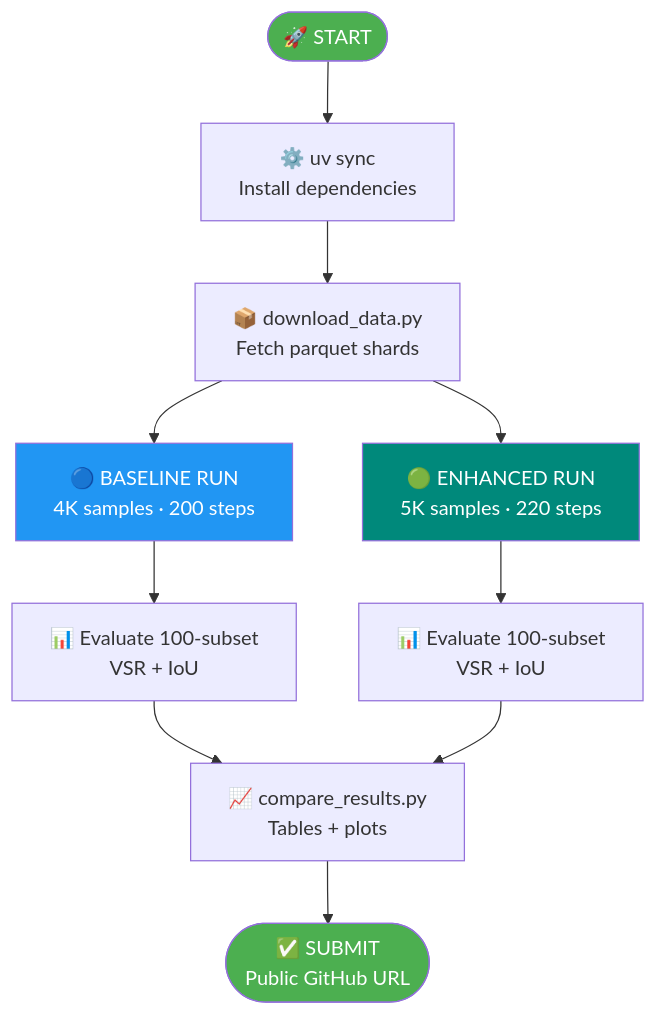
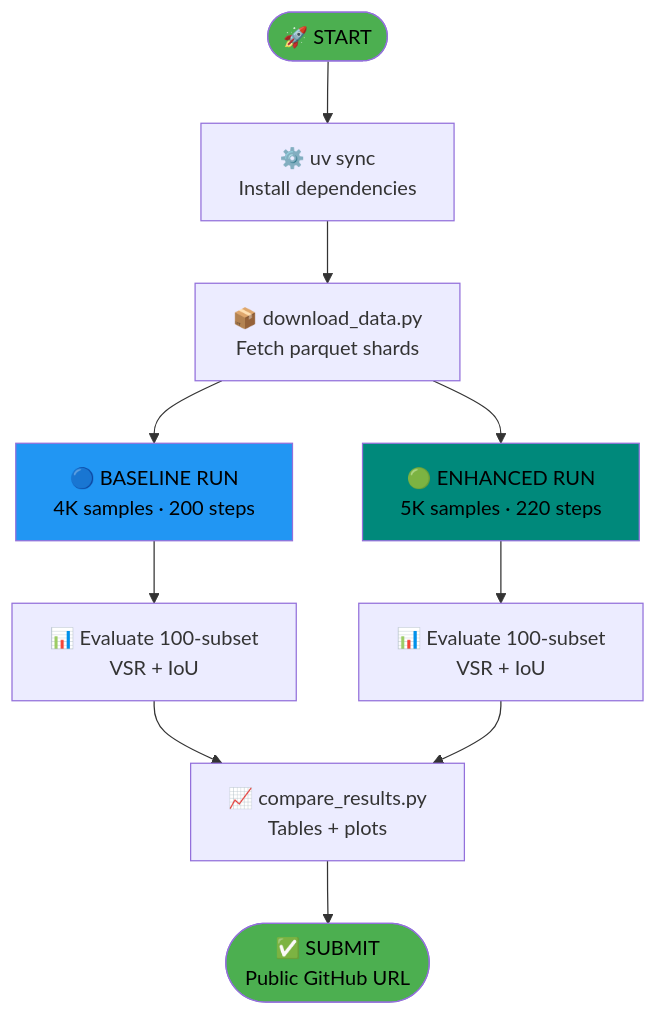
Before and after one commit to Ahmad-Abudllah-Ahmad/macagents_mock_test_1: the second of 10 diagrams in README.md, drawn with Mermaid. The commit also changed other lines of this file, not shown here.

Commit message:
Use black text in README Mermaid diagram nodes for readability.

````diff
--- a/README.md
+++ b/README.md
@@ -98,17 +98,17 @@
 ```mermaid
 flowchart TD
     START(["🚀 START"]) --> ENV["⚙️ uv sync<br/>Install dependencies"]
     ENV --> DATA["📦 download_data.py<br/>Fetch parquet shards"]
     DATA --> BASE["🔵 BASELINE RUN<br/>4K samples · 200 steps"]
     DATA --> ENH["🟢 ENHANCED RUN<br/>5K samples · 220 steps"]
     BASE --> EVAL1["📊 Evaluate 100-subset<br/>VSR + IoU"]
     ENH --> EVAL2["📊 Evaluate 100-subset<br/>VSR + IoU"]
     EVAL1 --> COMP["📈 compare_results.py<br/>Tables + plots"]
     EVAL2 --> COMP
     COMP --> DONE(["✅ SUBMIT<br/>Public GitHub URL"])
 
-    style START fill:#4caf50,color:#fff
-    style DONE fill:#4caf50,color:#fff
-    style BASE fill:#2196f3,color:#fff
-    style ENH fill:#00897b,color:#fff
+    style START fill:#4caf50,color:#000
+    style DONE fill:#4caf50,color:#000
+    style BASE fill:#2196f3,color:#000
+    style ENH fill:#00897b,color:#000
 ```
````
